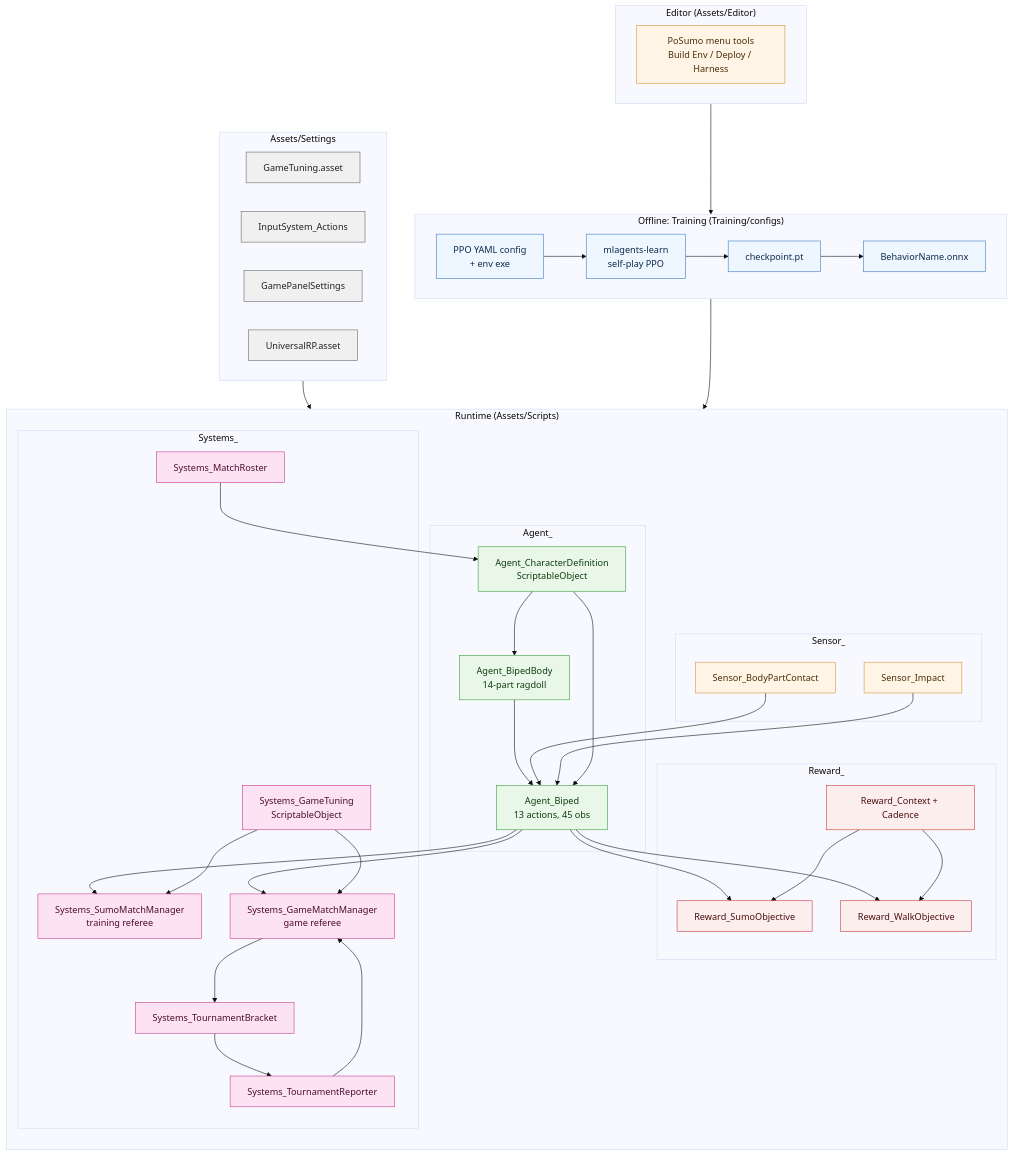
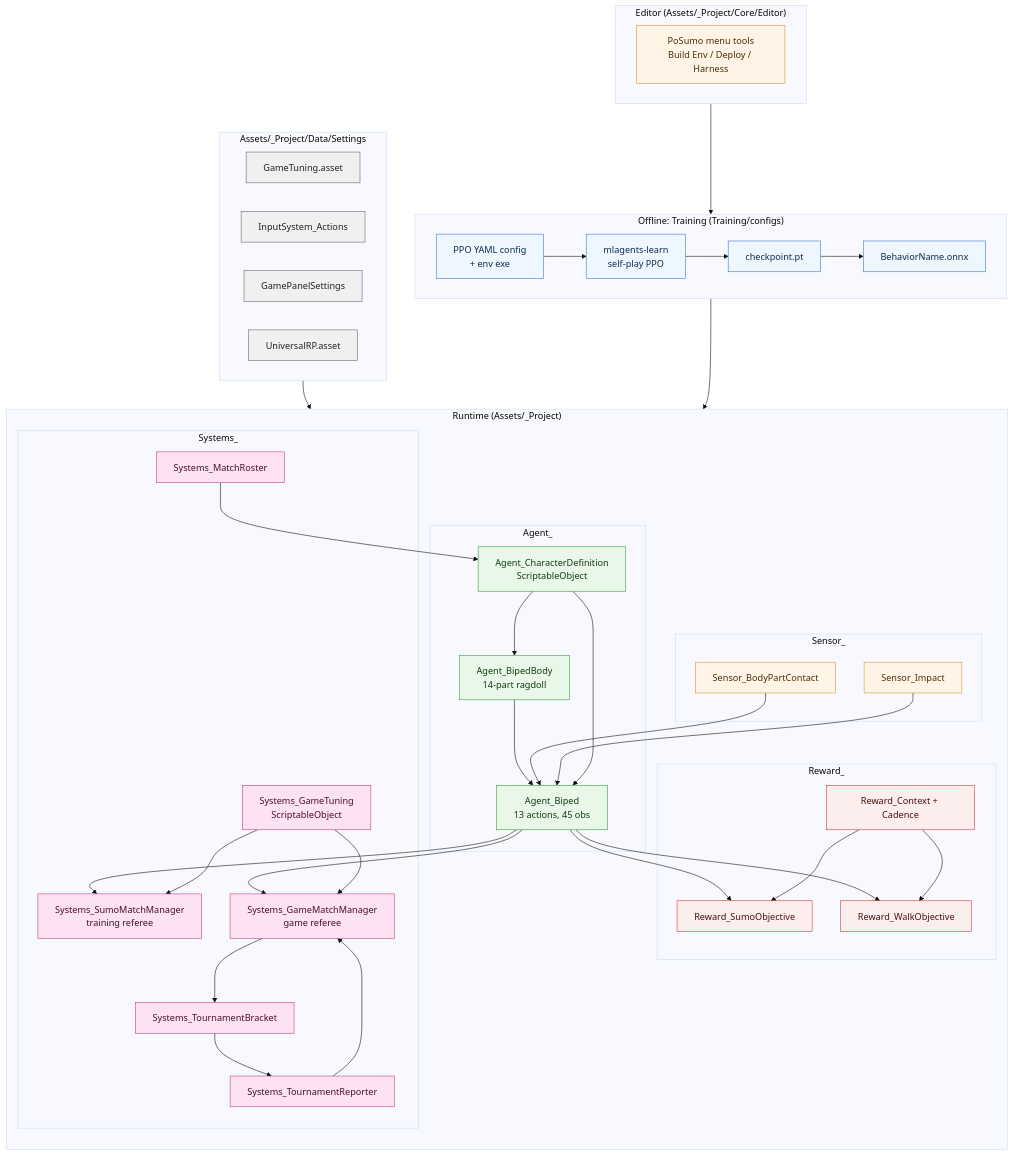
One commit to punkouter27/PoSumo changed the diagram in docs/diagrams/architecture-simple.mmd. Above: the diagram before and after it, drawn with Mermaid (base theme). The commit also changed 873 other files, not shown here.

```diff
--- a/docs/diagrams/architecture-simple.mmd
+++ b/docs/diagrams/architecture-simple.mmd
@@ -1,80 +1,80 @@
 flowchart TB
     %% PoSumo - Unified Architecture (SIMPLE)
     %% Conceptual layers
 
     subgraph Train["Offline: Training (Training/configs)"]
         direction LR
         Yaml["PPO YAML config<br/>+ env exe"]:::tr
         ML["mlagents-learn<br/>self-play PPO"]:::tr
         PT[checkpoint.pt]:::tr
         ONNX[BehaviorName.onnx]:::tr
     end
 
-    subgraph Edit["Editor (Assets/Editor)"]
+    subgraph Edit["Editor (Assets/_Project/Core/Editor)"]
         direction LR
         Menu["PoSumo menu tools<br/>Build Env / Deploy / Harness"]:::ed
     end
 
-    subgraph Game["Runtime (Assets/Scripts)"]
+    subgraph Game["Runtime (Assets/_Project)"]
         direction TB
         subgraph Agent["Agent_"]
             AB["Agent_Biped<br/>13 actions, 45 obs"]:::ag
             ABB["Agent_BipedBody<br/>14-part ragdoll"]:::ag
             ACD["Agent_CharacterDefinition<br/>ScriptableObject"]:::ag
         end
         subgraph Reward["Reward_"]
             RS[Reward_SumoObjective]:::rw
             RW[Reward_WalkObjective]:::rw
             RC[Reward_Context + Cadence]:::rw
         end
         subgraph Sensor["Sensor_"]
             SBC[Sensor_BodyPartContact]:::sn
             SI[Sensor_Impact]:::sn
         end
         subgraph Systems["Systems_"]
             SMM["Systems_SumoMatchManager<br/>training referee"]:::sys
             GMM["Systems_GameMatchManager<br/>game referee"]:::sys
             BRK[Systems_TournamentBracket]:::sys
             TR[Systems_TournamentReporter]:::sys
             TUN["Systems_GameTuning<br/>ScriptableObject"]:::sys
             ACD_Sys[Systems_MatchRoster]:::sys
         end
     end
 
-    subgraph Comp["Assets/Settings"]
+    subgraph Comp["Assets/_Project/Data/Settings"]
         direction LR
         GT[GameTuning.asset]:::as
         IP[InputSystem_Actions]:::as
         PS[GamePanelSettings]:::as
         URP[UniversalRP.asset]:::as
     end
 
     Yaml --> ML --> PT --> ONNX
     ONNX --> AB
     Menu --> ONNX
     ABB --> AB
     SBC --> AB
     SI --> AB
     AB --> RS
     AB --> RW
     RC --> RS
     RC --> RW
     AB --> SMM
     AB --> GMM
     GMM --> BRK
     BRK --> TR
     TR --> GMM
     TUN --> GMM
     TUN --> SMM
     ACD --> AB
     ACD --> ABB
     ACD_Sys --> ACD
     GT --> TUN
 
     classDef tr fill:#eef6ff,stroke:#3a78c2,color:#0e2a4d
     classDef ed fill:#fff4e5,stroke:#d9923a,color:#4a2e08
     classDef ag fill:#e8f7e8,stroke:#3a9a3a,color:#103d10
     classDef rw fill:#fdeeee,stroke:#c93b3b,color:#4a0e0e
     classDef sn fill:#fff4e5,stroke:#d9923a,color:#4a2e08
     classDef sys fill:#fde2f3,stroke:#c43b8d,color:#4a0d2c
     classDef as fill:#f0f0f0,stroke:#666,color:#222
```
